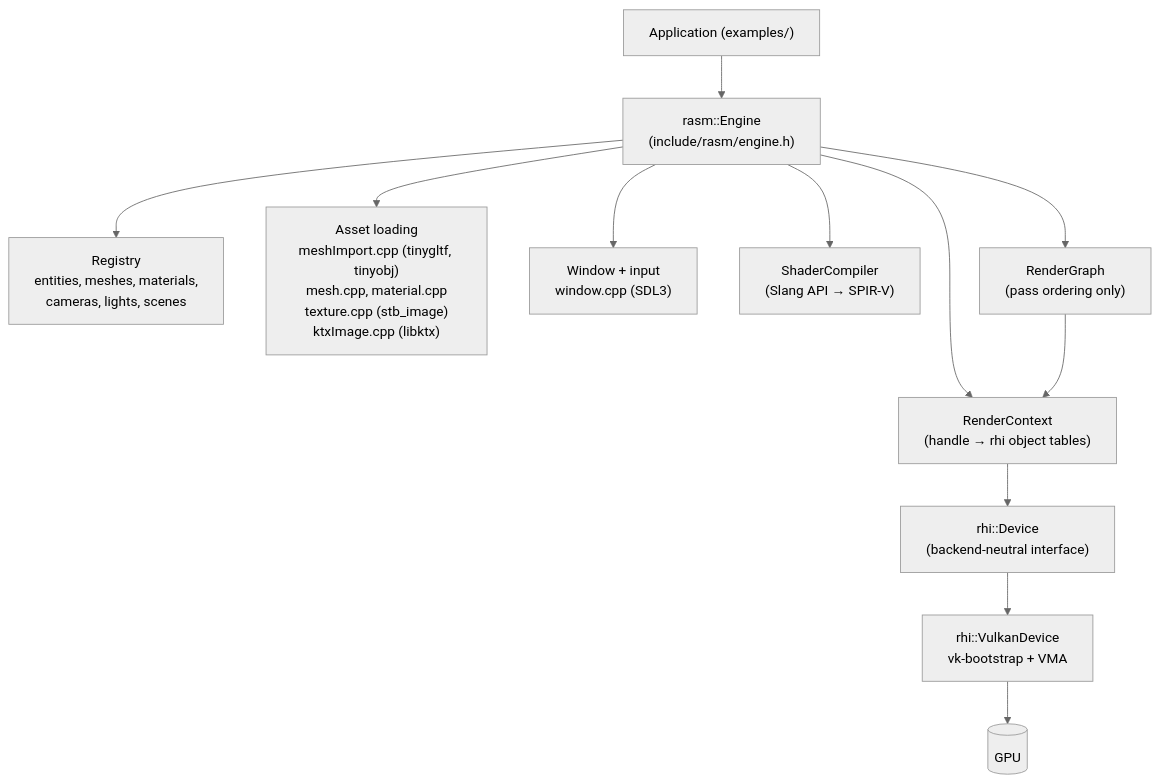
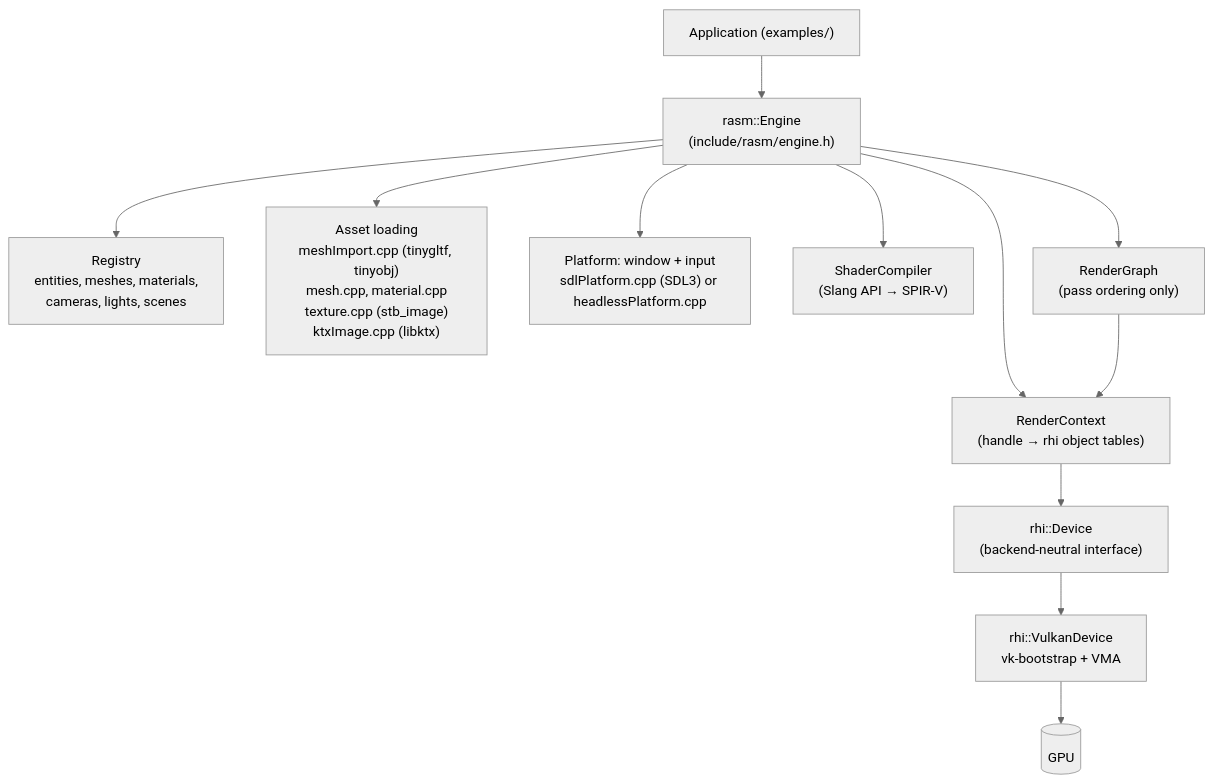
The first of 3 diagrams in docs/architecture.md (adel-elmala/rasm), drawn with Mermaid (neutral theme) before and after one commit. The commit also changed other lines of this file and 71 other files, not shown here.

First line of the commit message:
feat: headless engine and readbacks, behind a platform interface (D7, C16) (#73)

````diff
--- a/docs/architecture.md
+++ b/docs/architecture.md
@@ -9,14 +9,14 @@
 ```mermaid
 flowchart TD
     App["Application (examples/)"] --> Engine["rasm::Engine<br/>(include/rasm/engine.h)"]
     Engine --> Registry["Registry<br/>entities, meshes, materials,<br/>cameras, lights, scenes"]
     Engine --> Assets["Asset loading<br/>meshImport.cpp (tinygltf, tinyobj)<br/>mesh.cpp, material.cpp<br/>texture.cpp (stb_image)<br/>ktxImage.cpp (libktx)"]
-    Engine --> Platform["Window + input<br/>window.cpp (SDL3)"]
+    Engine --> Platform["Platform: window + input<br/>sdlPlatform.cpp (SDL3) or headlessPlatform.cpp"]
     Engine --> SC["ShaderCompiler<br/>(Slang API → SPIR-V)"]
     Engine --> RG["RenderGraph<br/>(pass ordering only)"]
     Engine --> RC["RenderContext<br/>(handle → rhi object tables)"]
     RG --> RC
     RC --> DEV["rhi::Device<br/>(backend-neutral interface)"]
     DEV --> VK["rhi::VulkanDevice<br/>vk-bootstrap + VMA"]
     VK --> GPU[(GPU)]
 ```
````
